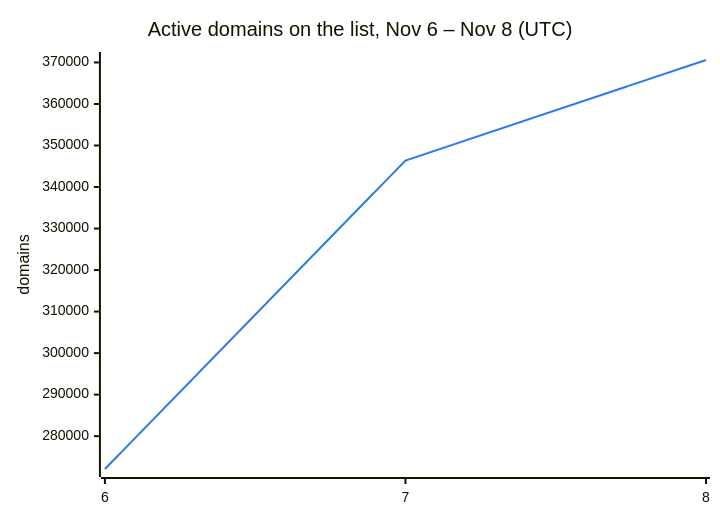
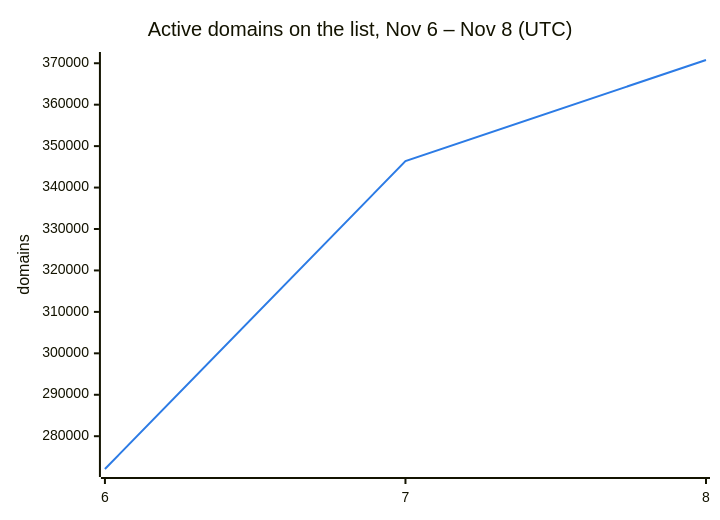
One commit to DNSBunker/CTI changed the second of 3 diagrams in README.md. Above: the diagram before and after it, drawn with Mermaid. The commit also changed other lines of this file and 3 other files, not shown here.

````diff
--- a/README.md
+++ b/README.md
@@ -38,8 +38,8 @@
 ```mermaid
 %%{init: {"themeVariables": {"xyChart": {"plotColorPalette": "#2c7be5"}}}}%%
 xychart-beta
     title "Active domains on the list, Nov 6 – Nov 8 (UTC)"
     x-axis ["6", "7", "8"]
     y-axis "domains"
-    line [272088, 346388, 370592]
+    line [272088, 346388, 370782]
 ```
````
